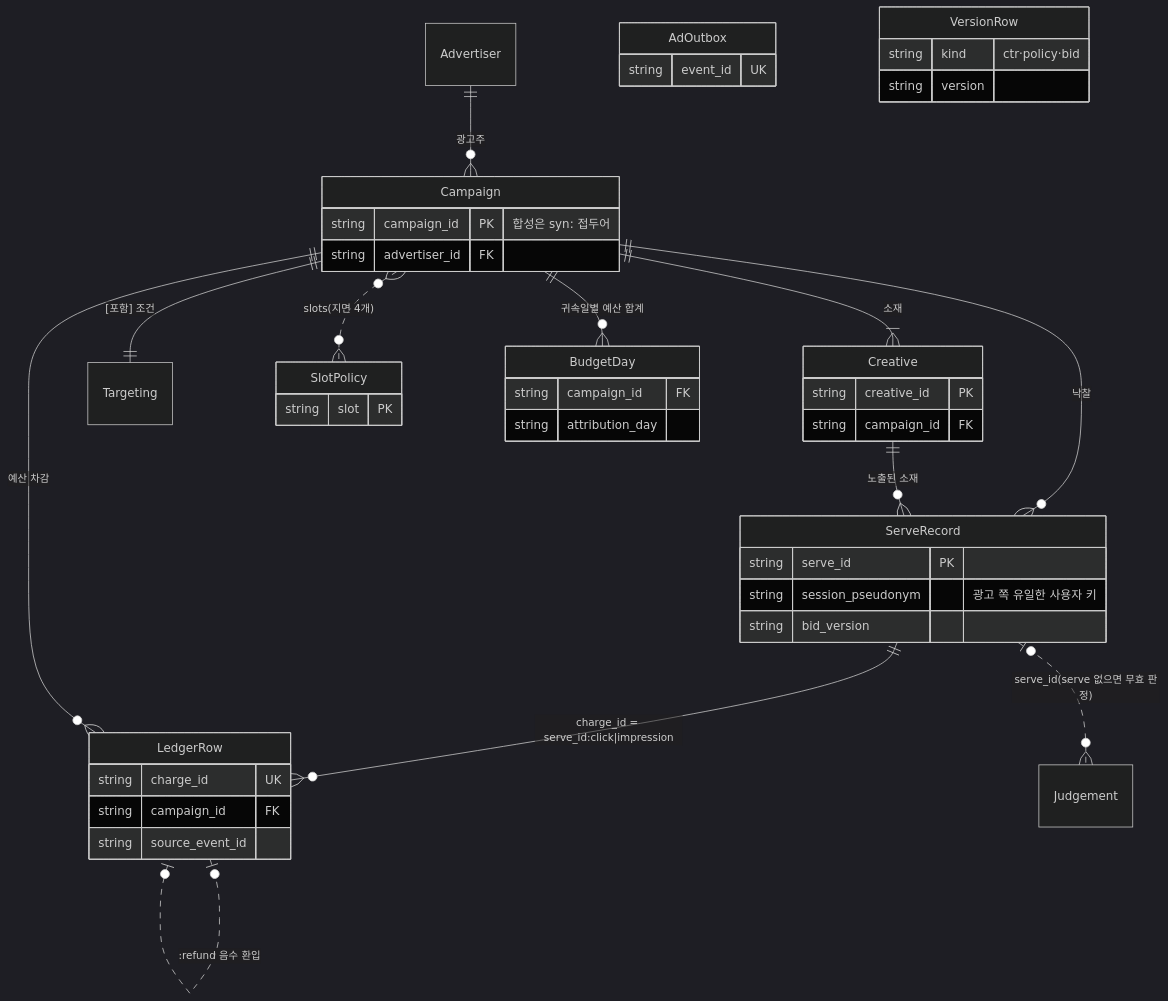
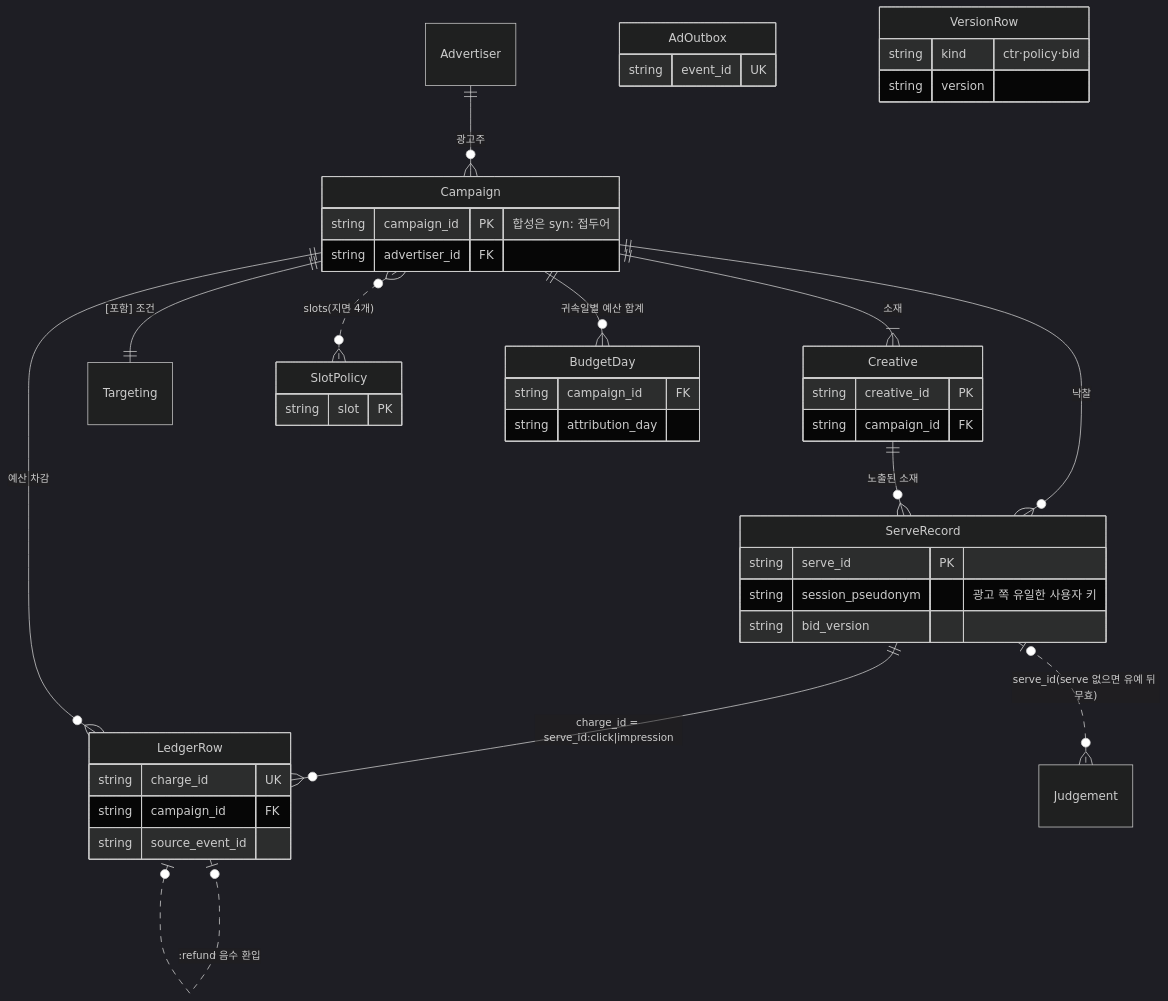
The fourth of 6 diagrams in docs/contracts/erd.md (encore-ai-campus/mlo-01-p4-team3), drawn with Mermaid (dark theme) before and after one commit. The commit also changed other lines of this file and 1 other file, not shown here.

Commit message:
docs: [P-28] ERD 재검토 반영(판정 유예, 시뮬레이터 직접 발행 경로), 비밀 검사 예외에 ERD 엔터티 이름 Secret

````diff
--- a/docs/contracts/erd.md
+++ b/docs/contracts/erd.md
@@ -123,46 +123,46 @@
 ```mermaid
 erDiagram
     Advertiser ||--o{ Campaign : "광고주"
     Campaign ||--|{ Creative : "소재"
     Campaign ||--|| Targeting : "[포함] 조건"
     Campaign }o..o{ SlotPolicy : "slots(지면 4개)"
     Campaign ||--o{ ServeRecord : "낙찰"
     Creative ||--o{ ServeRecord : "노출된 소재"
     ServeRecord ||--o{ LedgerRow : "charge_id = serve_id:click|impression"
     Campaign ||--o{ LedgerRow : "예산 차감"
     Campaign ||--o{ BudgetDay : "귀속일별 예산 합계"
     LedgerRow |o..o| LedgerRow : ":refund 음수 환입"
-    ServeRecord |o..o{ Judgement : "serve_id(serve 없으면 무효 판정)"
+    ServeRecord |o..o{ Judgement : "serve_id(serve 없으면 유예 뒤 무효)"
     Campaign {
         string campaign_id PK "합성은 syn: 접두어"
         string advertiser_id FK
     }
     Creative {
         string creative_id PK
         string campaign_id FK
     }
     SlotPolicy {
         string slot PK
     }
     ServeRecord {
         string serve_id PK
         string session_pseudonym "광고 쪽 유일한 사용자 키"
         string bid_version
     }
     LedgerRow {
         string charge_id UK
         string campaign_id FK
         string source_event_id
     }
     BudgetDay {
         string campaign_id FK
         string attribution_day
     }
     AdOutbox {
         string event_id UK
     }
     VersionRow {
         string kind "ctr·policy·bid"
         string version
     }
 ```
````
